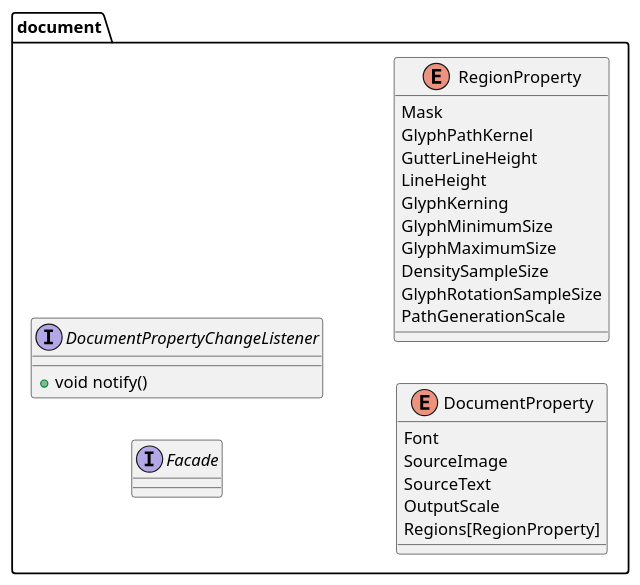
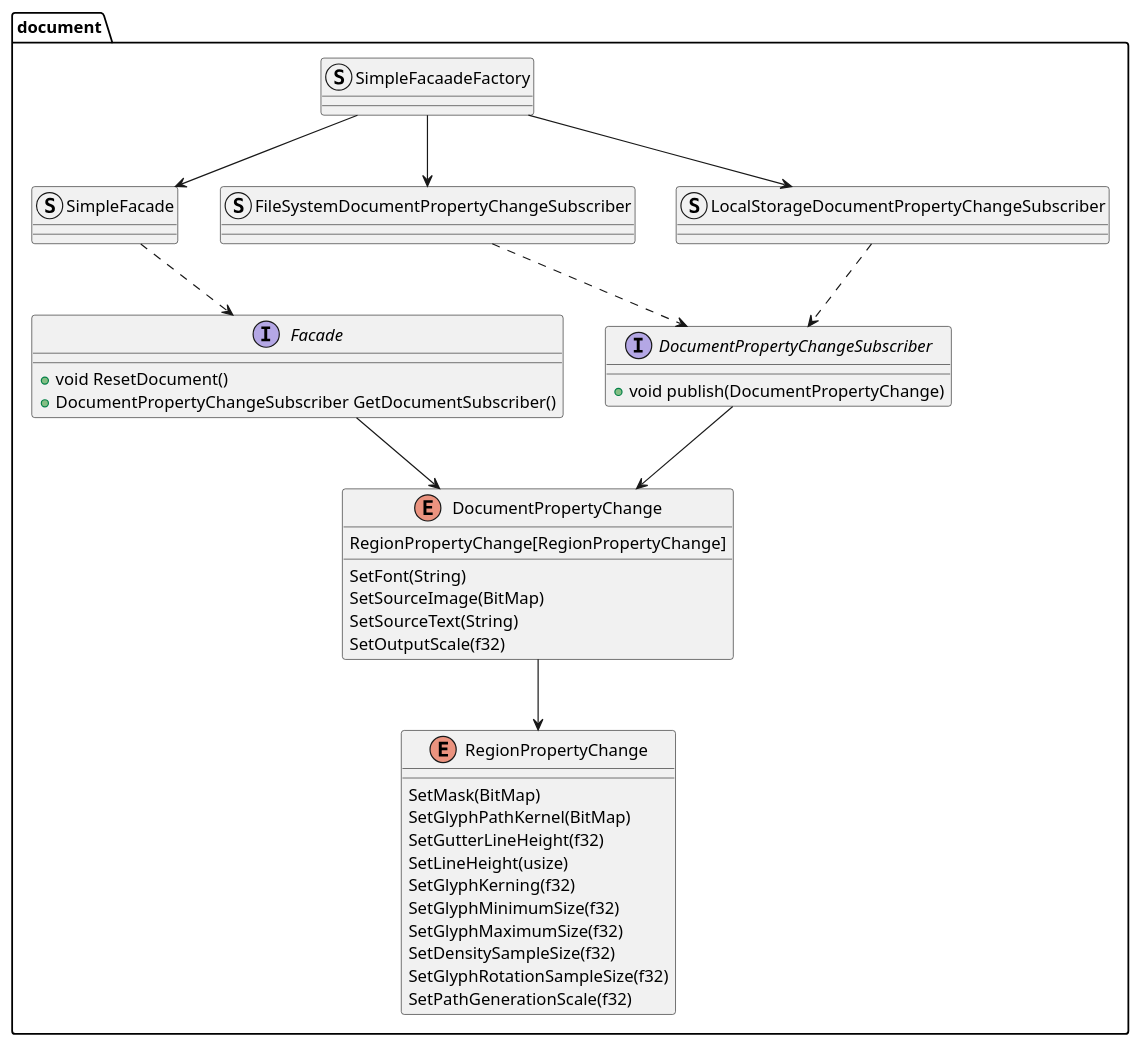
Before and after one commit to zwerdlds/GlyphMosaic: the diagram in documentation/Specification/diagrams/subsystems/document.plantuml, drawn with PlantUML. The commit also changed 4 other files, not shown here.

```diff
--- a/documentation/Specification/diagrams/subsystems/document.plantuml
+++ b/documentation/Specification/diagrams/subsystems/document.plantuml
@@ -1,38 +1,52 @@
 @startuml
-left to right direction
+skinparam componentStyle uml1
 
 package "document" {
     interface "Facade" as docf{
-
+        + void ResetDocument()
+        + DocumentPropertyChangeSubscriber GetDocumentSubscriber()
     }
 
-    interface "DocumentPropertyChangeListener" as dpcl {
-        + void notify()
+    interface "DocumentPropertyChangeSubscriber" as docpcs {
+        + void publish(DocumentPropertyChange)
     }
 
-    enum "DocumentProperty" as dp {
-        Font
-        SourceImage
-        SourceText
-        OutputScale
-        Regions[RegionProperty]
+    enum "DocumentPropertyChange" as docpc {
+        SetFont(String)
+        SetSourceImage(BitMap)
+        SetSourceText(String)
+        SetOutputScale(f32)
+        RegionPropertyChange[RegionPropertyChange]
     }
 
-    enum "RegionProperty" as drp {
-        Mask
-        GlyphPathKernel
-        GutterLineHeight
-        LineHeight
-        GlyphKerning
-        GlyphMinimumSize
-        GlyphMaximumSize
-        DensitySampleSize
-        GlyphRotationSampleSize
-        PathGenerationScale
+    enum "RegionPropertyChange" as docrpc {
+        SetMask(BitMap)
+        SetGlyphPathKernel(BitMap)
+        SetGutterLineHeight(f32)
+        SetLineHeight(usize)
+        SetGlyphKerning(f32)
+        SetGlyphMinimumSize(f32)
+        SetGlyphMaximumSize(f32)
+        SetDensitySampleSize(f32)
+        SetGlyphRotationSampleSize(f32)
+        SetPathGenerationScale(f32)
     }
+
+    struct "SimpleFacade" as sdocf
+    struct "FileSystemDocumentPropertyChangeSubscriber" as sfssub
+    struct "LocalStorageDocumentPropertyChangeSubscriber" as lssub
+    struct "SimpleFacaadeFactory" as sffact
 }
 
+sffact --> sdocf
+sffact --> sfssub
+sffact --> lssub
 
-
+sdocf ..> docf
+sfssub ..> docpcs
+lssub ..> docpcs
+docpcs --> docpc
+docf --> docpc
+docpc --> docrpc
 
 @enduml
```
